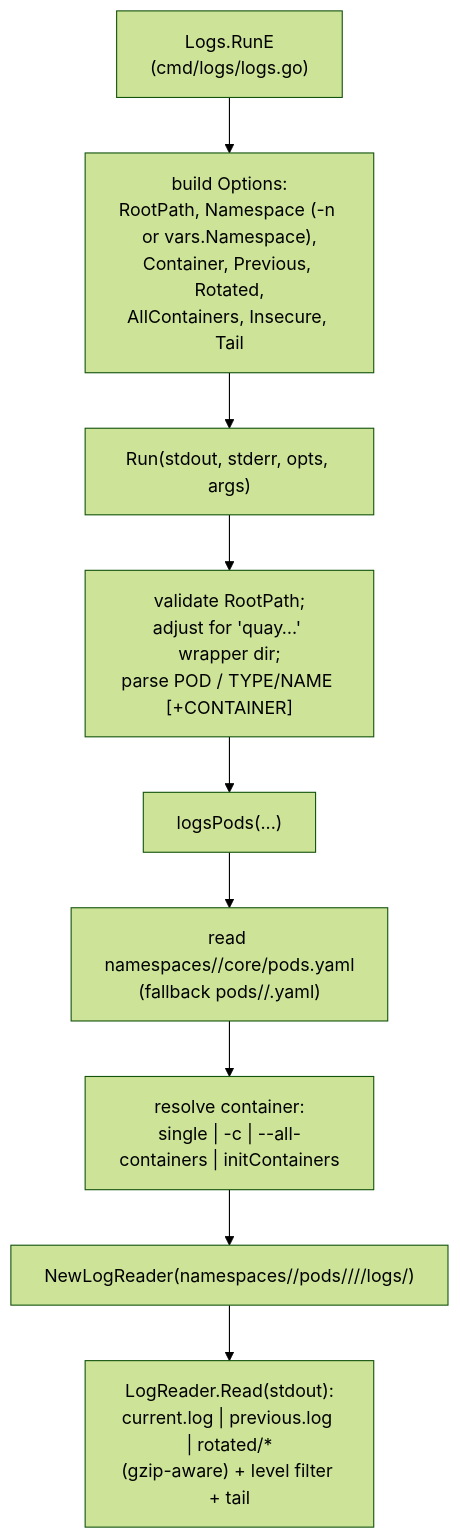
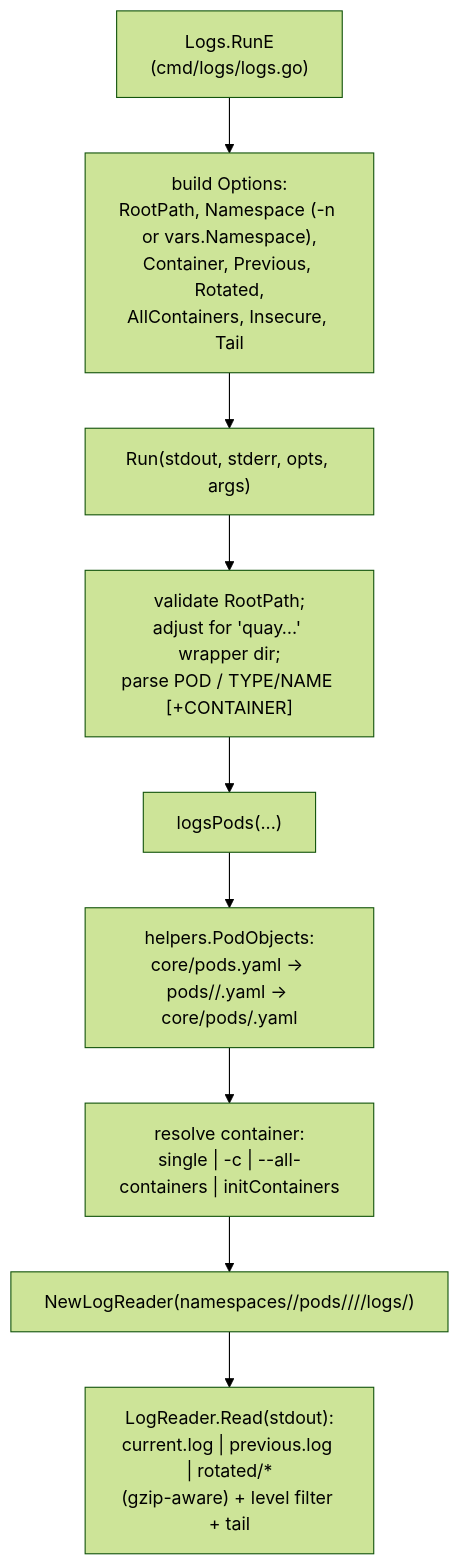
One commit to gmeghnag/omc changed the third of 3 diagrams in DESIGN.md. Above: the diagram before and after it, drawn with Mermaid (forest theme). The commit also changed other lines of this file and 10 other files, not shown here.

````diff
--- a/DESIGN.md
+++ b/DESIGN.md
@@ -233,11 +253,12 @@
 ```mermaid
 flowchart TD
     R["Logs.RunE\n(cmd/logs/logs.go)"] --> O["build Options:\nRootPath, Namespace (-n or vars.Namespace),\nContainer, Previous, Rotated,\nAllContainers, Insecure, Tail"]
     O --> RUN["Run(stdout, stderr, opts, args)"]
     RUN --> V["validate RootPath;\nadjust for 'quay…' wrapper dir;\nparse POD / TYPE/NAME [+CONTAINER]"]
     V --> LP["logsPods(...)"]
-    LP --> POD["read namespaces/<ns>/core/pods.yaml\n(fallback pods/<pod>/<pod>.yaml)"]
+    LP --> POD["helpers.PodObjects:
+core/pods.yaml → pods/<pod>/<pod>.yaml → core/pods/<pod>.yaml"]
     POD --> C["resolve container:\nsingle | -c | --all-containers | initContainers"]
     C --> LR["NewLogReader(namespaces/<ns>/pods/<pod>/<container>/<container>/logs/)"]
     LR --> READ["LogReader.Read(stdout):\ncurrent.log | previous.log | rotated/*\n(gzip-aware) + level filter + tail"]
 ```
````
